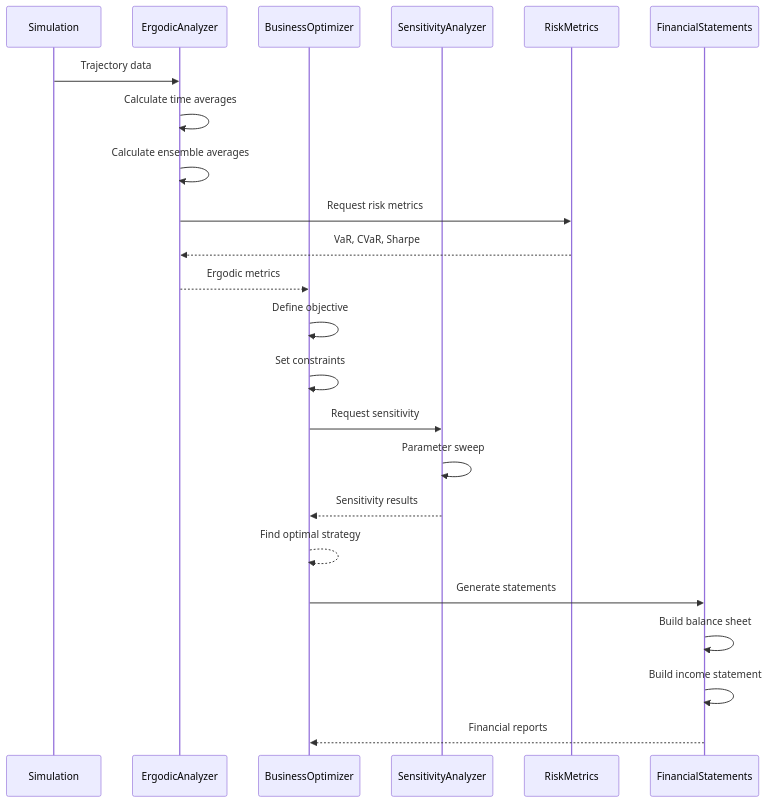
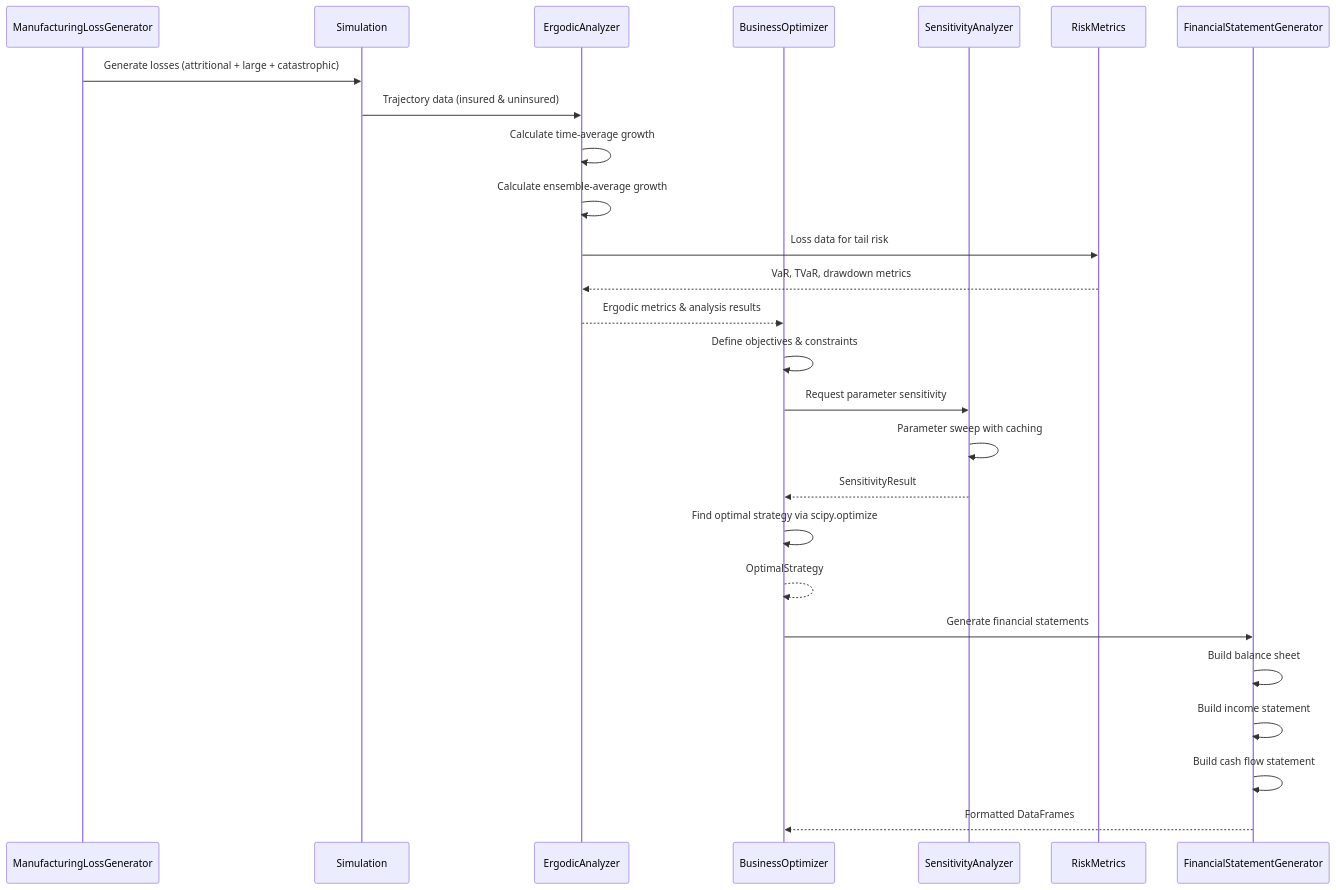
One commit to AlexFiliakov/Ergodic-Insurance-Limits changed the ninth of 9 diagrams in ergodic_insurance/docs/architecture/class_diagrams/data_models.md. Above: the diagram before and after it, drawn with Mermaid. The commit also changed other lines of this file and 14 other files, not shown here.

First line of the commit message:
docs: Update and expand Mermaid architecture diagrams (#185) (#341)

````diff
--- a/ergodic_insurance/docs/architecture/class_diagrams/data_models.md
+++ b/ergodic_insurance/docs/architecture/class_diagrams/data_models.md
@@ -214,28 +481,31 @@
 ```{mermaid}
 sequenceDiagram
+    participant LG as ManufacturingLossGenerator
     participant Sim as Simulation
     participant EA as ErgodicAnalyzer
     participant BO as BusinessOptimizer
     participant SA as SensitivityAnalyzer
     participant RM as RiskMetrics
-    participant FS as FinancialStatements
+    participant FS as FinancialStatementGenerator
 
-    Sim->>EA: Trajectory data
-    EA->>EA: Calculate time averages
-    EA->>EA: Calculate ensemble averages
-    EA->>RM: Request risk metrics
-    RM-->>EA: VaR, CVaR, Sharpe
-    EA-->>BO: Ergodic metrics
+    LG->>Sim: Generate losses (attritional + large + catastrophic)
+    Sim->>EA: Trajectory data (insured & uninsured)
+    EA->>EA: Calculate time-average growth
+    EA->>EA: Calculate ensemble-average growth
+    EA->>RM: Loss data for tail risk
+    RM-->>EA: VaR, TVaR, drawdown metrics
+    EA-->>BO: Ergodic metrics & analysis results
 
-    BO->>BO: Define objective
-    BO->>BO: Set constraints
-    BO->>SA: Request sensitivity
-    SA->>SA: Parameter sweep
-    SA-->>BO: Sensitivity results
-    BO-->>BO: Find optimal strategy
+    BO->>BO: Define objectives & constraints
+    BO->>SA: Request parameter sensitivity
+    SA->>SA: Parameter sweep with caching
+    SA-->>BO: SensitivityResult
+    BO->>BO: Find optimal strategy via scipy.optimize
+    BO-->>BO: OptimalStrategy
 
-    BO->>FS: Generate statements
+    BO->>FS: Generate financial statements
     FS->>FS: Build balance sheet
     FS->>FS: Build income statement
-    FS-->>BO: Financial reports
+    FS->>FS: Build cash flow statement
+    FS-->>BO: Formatted DataFrames
 ```
````
